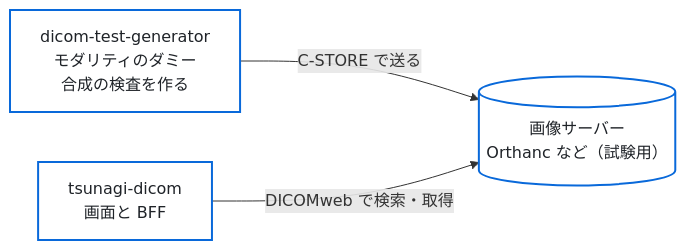
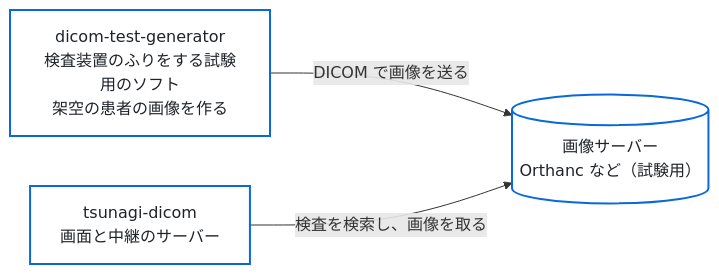
Before and after one commit to jeysunit/dicom-test-generator: the second of 2 diagrams in spec/01_architecture.md, drawn with Mermaid. The commit also changed other lines of this file and 1 other file, not shown here.

First line of the commit message:
docs: README の専門語・内輪の語を外の人に分かる言葉にし、図の関係を書く

````diff
--- a/spec/01_architecture.md
+++ b/spec/01_architecture.md
@@ -43,11 +48,11 @@
 ```mermaid
 flowchart LR
   classDef box fill:#ffffff,stroke:#0969da,stroke-width:2px,color:#1f2328
 
-  DTG["dicom-test-generator<br/>モダリティのダミー<br/>合成の検査を作る"]:::box
+  DTG["dicom-test-generator<br/>検査装置のふりをする試験用のソフト<br/>架空の患者の画像を作る"]:::box
   PACS[("画像サーバー<br/>Orthanc など（試験用）")]:::box
-  TD["tsunagi-dicom<br/>画面と BFF"]:::box
+  TD["tsunagi-dicom<br/>画面と中継のサーバー"]:::box
 
-  DTG -->|"C-STORE で送る"| PACS
-  TD -->|"DICOMweb で検索・取得"| PACS
+  DTG -->|"DICOM で画像を送る"| PACS
+  TD -->|"検査を検索し、画像を取る"| PACS
 ```
````
